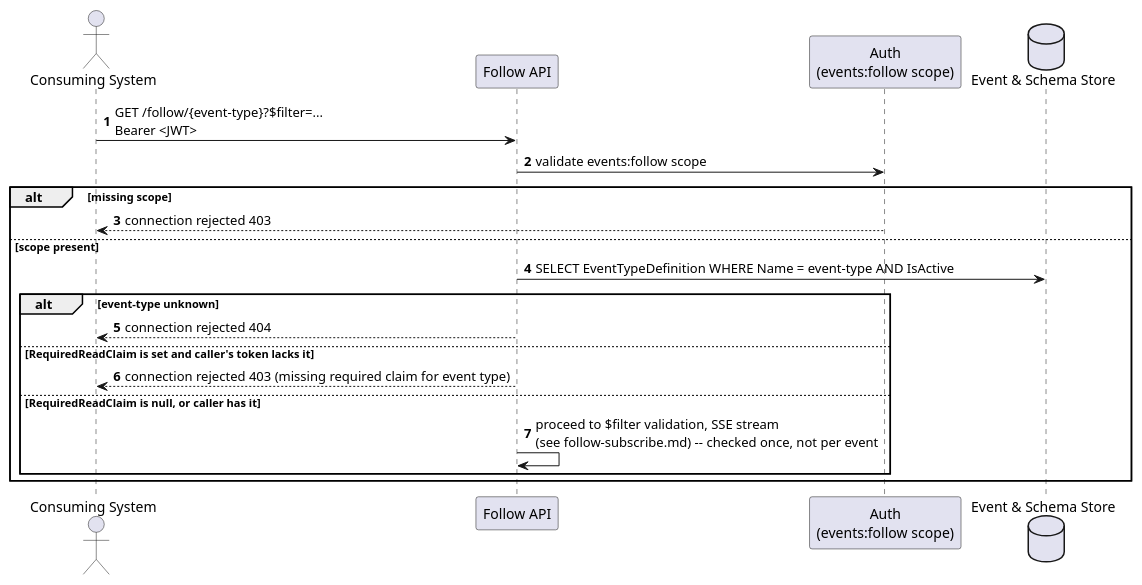
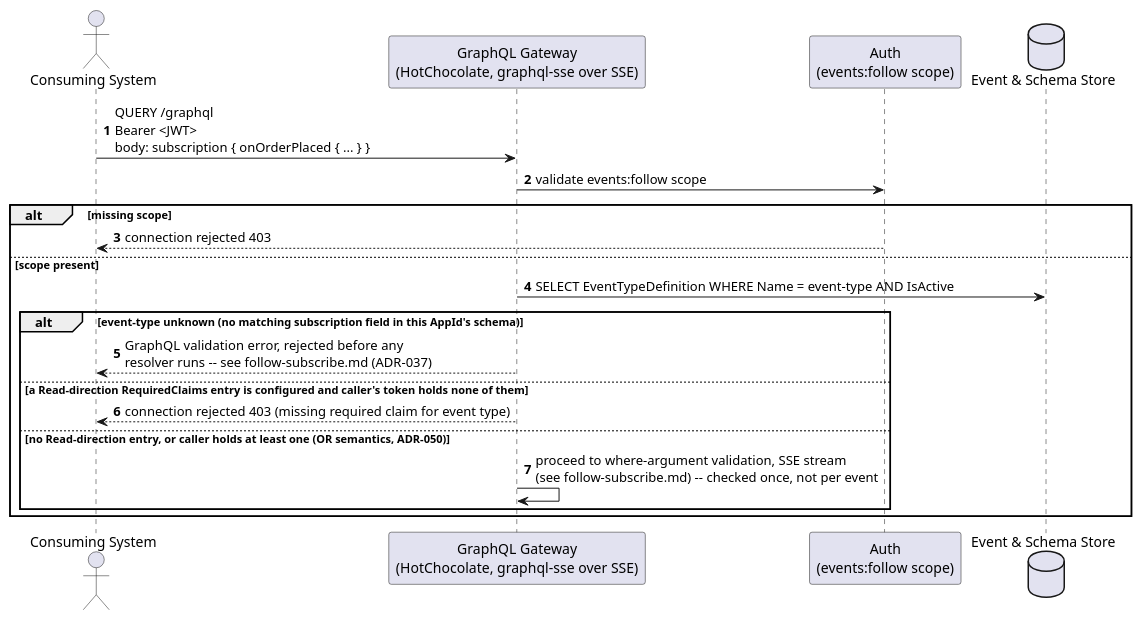
Before and after one commit to Mwwhited-BookLearning/EventSourcing: the second of 4 diagrams in docs/features/event-security.md, drawn with PlantUML. The commit also changed other lines of this file and 37 other files, not shown here.

````diff
--- a/docs/features/event-security.md
+++ b/docs/features/event-security.md
@@ -50,24 +53,24 @@
 ```plantuml
 @startuml EventSecurity_Follow_Sequence
 autonumber
 actor "Consuming System" as follower
-participant "Follow API" as endpoint
+participant "GraphQL Gateway\n(HotChocolate, graphql-sse over SSE)" as gateway
 participant "Auth\n(events:follow scope)" as scopeAuth
 database "Event & Schema Store" as db
 
-follower -> endpoint: GET /follow/{event-type}?$filter=...\nBearer <JWT>
-endpoint -> scopeAuth: validate events:follow scope
+follower -> gateway: QUERY /graphql\nBearer <JWT>\nbody: subscription { onOrderPlaced { ... } }
+gateway -> scopeAuth: validate events:follow scope
 alt missing scope
   scopeAuth --> follower: connection rejected 403
 else scope present
-  endpoint -> db: SELECT EventTypeDefinition WHERE Name = event-type AND IsActive
-  alt event-type unknown
-    endpoint --> follower: connection rejected 404
-  else RequiredReadClaim is set and caller's token lacks it
-    endpoint --> follower: connection rejected 403 (missing required claim for event type)
-  else RequiredReadClaim is null, or caller has it
-    endpoint -> endpoint: proceed to $filter validation, SSE stream\n(see follow-subscribe.md) -- checked once, not per event
+  gateway -> db: SELECT EventTypeDefinition WHERE Name = event-type AND IsActive
+  alt event-type unknown (no matching subscription field in this AppId's schema)
+    gateway --> follower: GraphQL validation error, rejected before any\nresolver runs -- see follow-subscribe.md (ADR-037)
+  else a Read-direction RequiredClaims entry is configured and caller's token holds none of them
+    gateway --> follower: connection rejected 403 (missing required claim for event type)
+  else no Read-direction entry, or caller holds at least one (OR semantics, ADR-050)
+    gateway -> gateway: proceed to where-argument validation, SSE stream\n(see follow-subscribe.md) -- checked once, not per event
   end
 end
 @enduml
 ```
````
